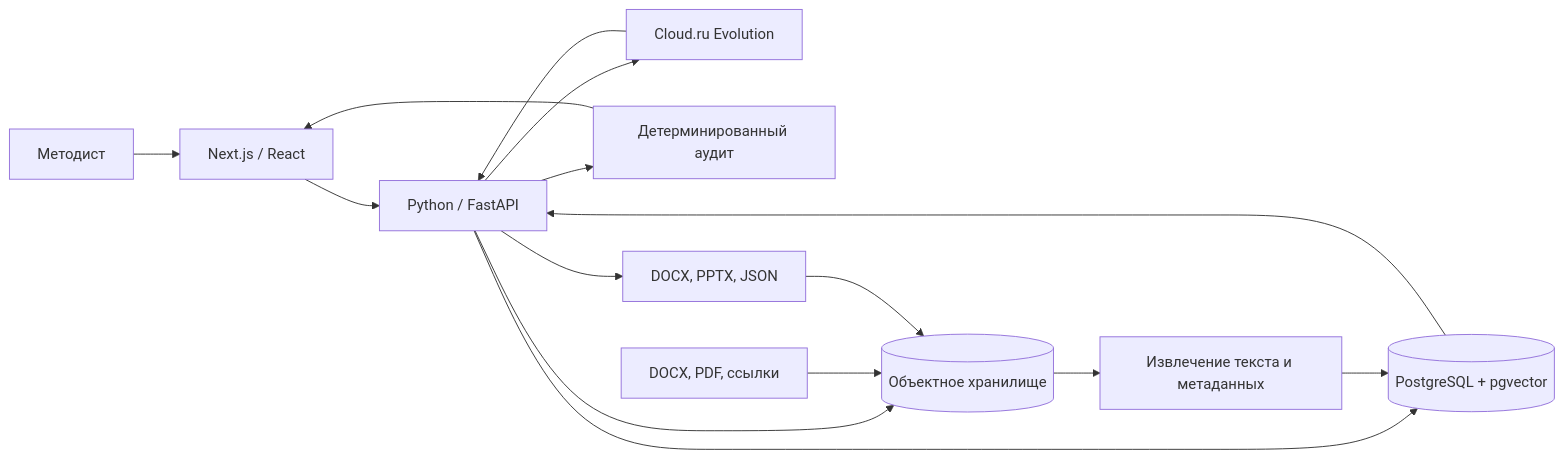
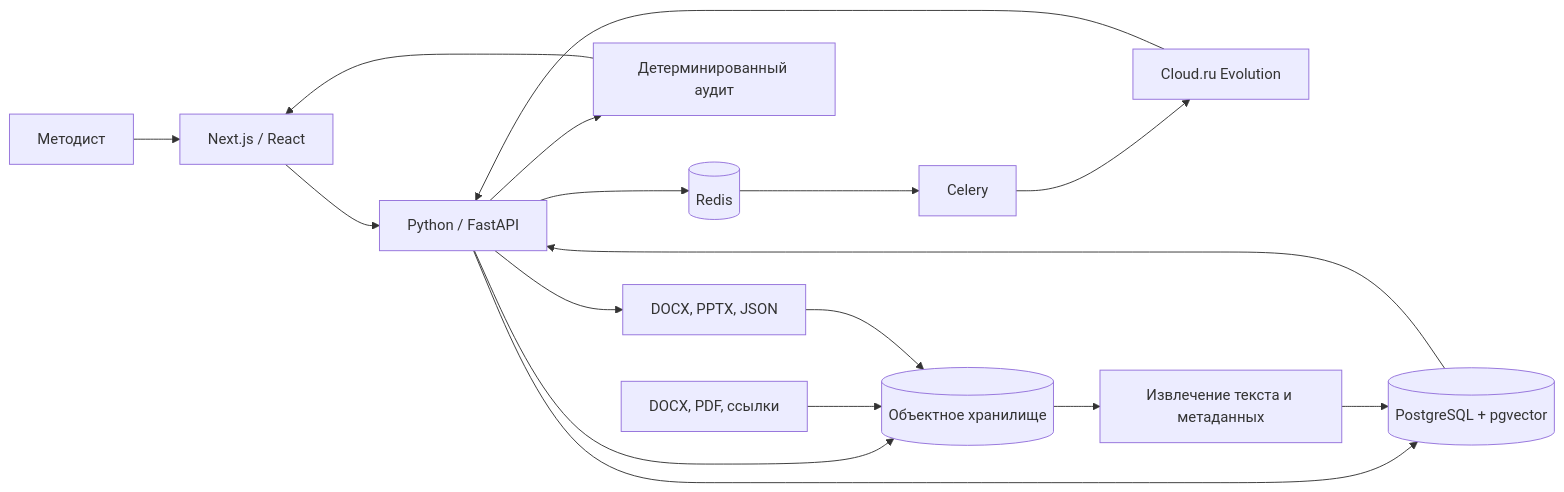
The second of 2 diagrams in docs/architecture.md (fairyofmiracle/edu_course_agent), drawn with Mermaid before and after one commit. The commit also changed other lines of this file and 2 other files, not shown here.

````diff
--- a/docs/architecture.md
+++ b/docs/architecture.md
@@ -28,18 +28,20 @@
 ```mermaid
 flowchart LR
   User[Методист] --> UI[Next.js / React]
   UI --> API[Python / FastAPI]
   API --> DB[(PostgreSQL + pgvector)]
   API --> Files[(Объектное хранилище)]
-  API --> Model[Cloud.ru Evolution]
+  API --> Queue[(Redis)]
+  Queue --> Workers[Celery]
+  Workers --> Model[Cloud.ru Evolution]
   Model --> API
   API --> Rules[Детерминированный аудит]
   Rules --> UI
 
   Sources[DOCX, PDF, ссылки] --> Files
   Files --> Parser[Извлечение текста и метаданных]
   Parser --> DB
   DB --> API
   API --> Exports[DOCX, PPTX, JSON]
   Exports --> Files
 ```
````
